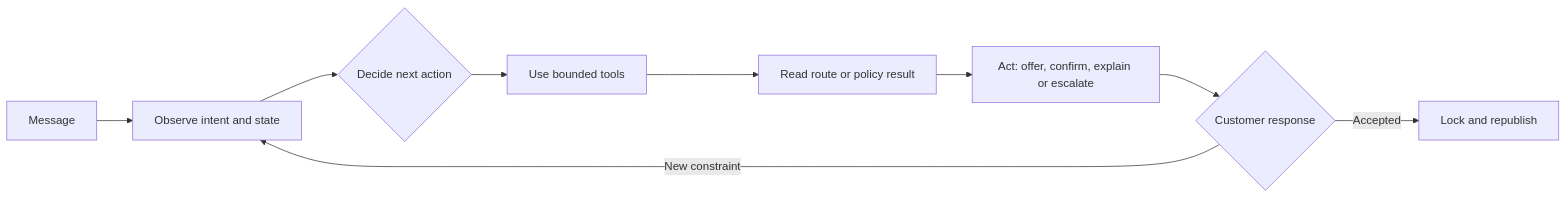
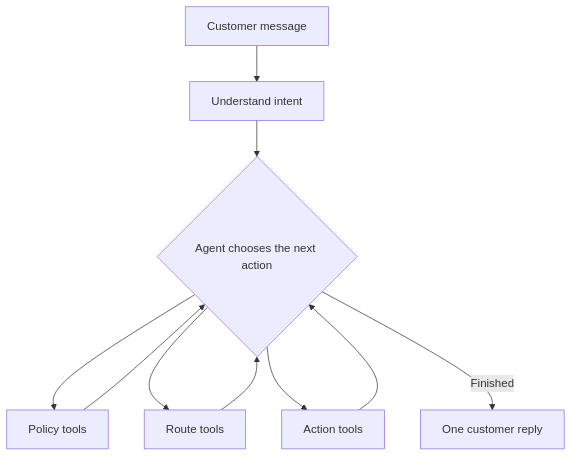
The diagram in slides.md (Stephensaleh1601/Delivery-Schedule-Agent), drawn with Mermaid before and after one commit. The commit also changed other lines of this file and 12 other files, not shown here.

````diff
--- a/slides.md
+++ b/slides.md
@@ -59,11 +68,12 @@
 ```mermaid
-flowchart LR
-    M[Message] --> O[Observe intent and state]
-    O --> D{Decide next action}
-    D --> T[Use bounded tools]
-    T --> R[Read route or policy result]
-    R --> A[Act: offer, confirm, explain or escalate]
-    A --> C{Customer response}
-    C -->|New constraint| O
-    C -->|Accepted| L[Lock and republish]
+flowchart TD
+    M[Customer message] --> U[Understand intent]
+    U --> A{Agent chooses the next action}
+    A --> P[Policy tools]
+    A --> R[Route tools]
+    A --> C[Action tools]
+    P --> A
+    R --> A
+    C --> A
+    A -->|Finished| O[One customer reply]
 ```
````
